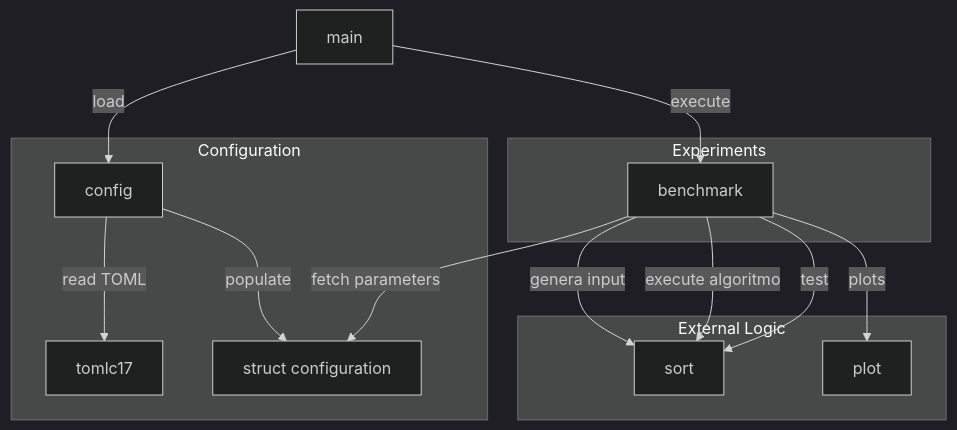
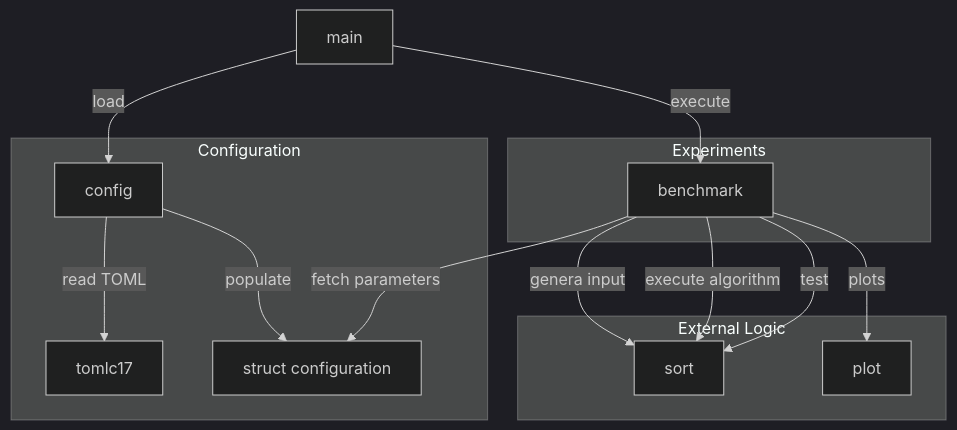
One commit to mauro-milella/sorting-algorithms changed the first of 4 diagrams in README.md. Above: the diagram before and after it, drawn with Mermaid (dark theme).

Commit message:
algoritmo -> algorithm

````diff
--- a/README.md
+++ b/README.md
@@ -36,33 +36,33 @@
 ```mermaid
 flowchart TB
 
     MAIN["main"]
 
     subgraph Configuration
         CONFIG["config"]
         TOML["tomlc17"]
         STRUCT["struct configuration"]
     end
 
     subgraph Experiments
         BENCH["benchmark"]
     end
 
     subgraph External Logic
         SORT["sort"]
         PLOT["plot"]
     end
 
     MAIN -->|load| CONFIG
     CONFIG -->|read TOML| TOML
     CONFIG -->|populate| STRUCT
 
     MAIN -->|execute| BENCH
     BENCH -->|fetch parameters| STRUCT
 
     BENCH -->|genera input| SORT
-    BENCH -->|execute algoritmo| SORT
+    BENCH -->|execute algorithm| SORT
     BENCH -->|test| SORT
 
     BENCH -->|plots| PLOT
 ```
````
